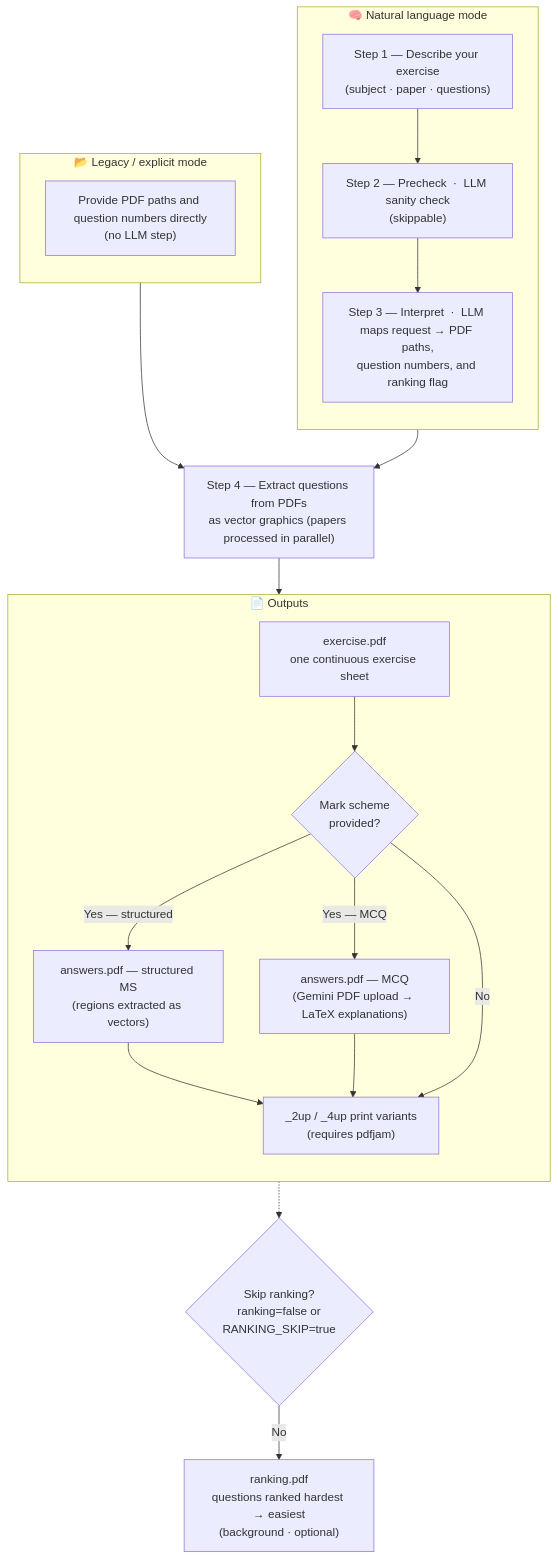
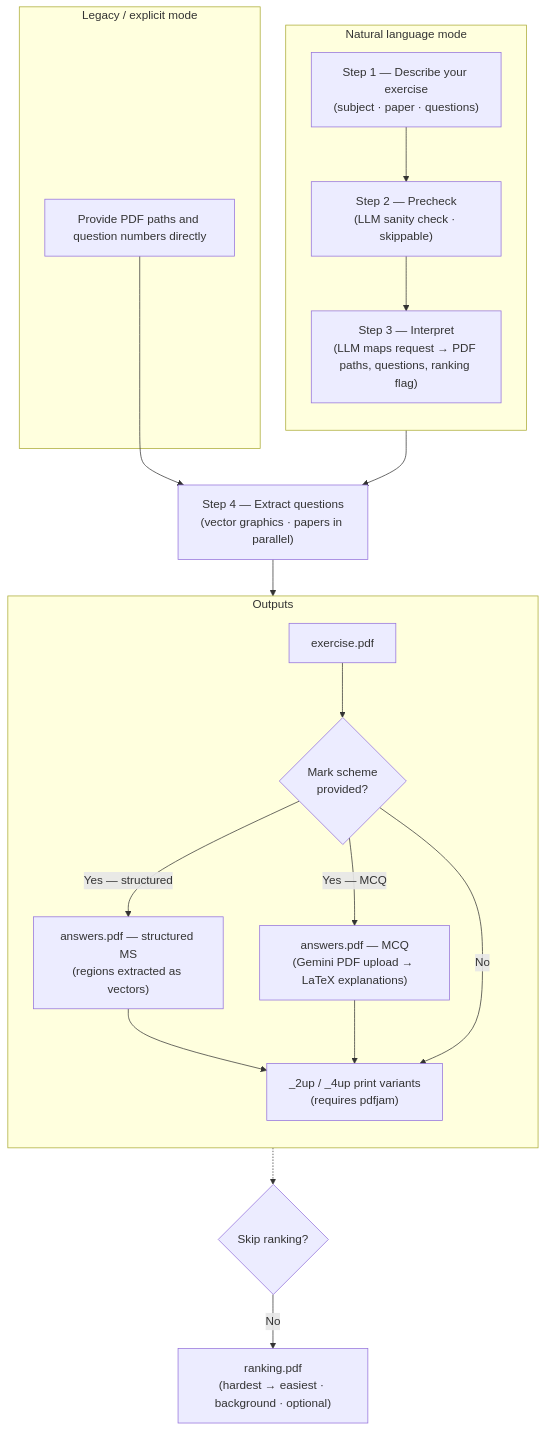
Before and after one commit to JoschkaKoen/IGCSE-Exercise-Sheet-Generator-1: the first of 3 diagrams in README.md, drawn with Mermaid. The commit also changed other lines of this file and 3 other files, not shown here.

````diff
--- a/README.md
+++ b/README.md
@@ -25,39 +25,38 @@
 ```mermaid
 flowchart TD
-    subgraph nlPath ["🧠  Natural language mode"]
+    subgraph nlPath ["Natural language mode"]
         direction TB
         n1["Step 1 — Describe your exercise\n(subject · paper · questions)"]
-        n2["Step 2 — Precheck  ·  LLM sanity check\n(skippable)"]
-        n3["Step 3 — Interpret  ·  LLM maps request → PDF paths,\nquestion numbers, and ranking flag"]
+        n2["Step 2 — Precheck\n(LLM sanity check · skippable)"]
+        n3["Step 3 — Interpret\n(LLM maps request → PDF paths, questions, ranking flag)"]
         n1 --> n2 --> n3
     end
 
-    subgraph legPath ["📂  Legacy / explicit mode"]
-        direction TB
-        l1["Provide PDF paths and question numbers directly\n(no LLM step)"]
+    subgraph legPath ["Legacy / explicit mode"]
+        l1["Provide PDF paths and question numbers directly"]
     end
 
-    cut["Step 4 — Extract questions from PDFs\nas vector graphics (papers processed in parallel)"]
+    cut["Step 4 — Extract questions\n(vector graphics · papers in parallel)"]
 
-    subgraph outputs ["📄  Outputs"]
+    subgraph outputs ["Outputs"]
         direction TB
-        ex["exercise.pdf\none continuous exercise sheet"]
+        ex["exercise.pdf"]
         ms{"Mark scheme\nprovided?"}
         ans["answers.pdf — structured MS\n(regions extracted as vectors)"]
         mcqans["answers.pdf — MCQ\n(Gemini PDF upload → LaTeX explanations)"]
         nup["_2up / _4up print variants\n(requires pdfjam)"]
         ex --> ms
         ms -->|"Yes — structured"| ans --> nup
         ms -->|"Yes — MCQ"| mcqans --> nup
         ms -->|No| nup
     end
 
-    rankCond{"Skip ranking?\nranking=false or\nRANKING_SKIP=true"}
-    rank["ranking.pdf\nquestions ranked hardest → easiest\n(background · optional)"]
+    rankCond{"Skip ranking?"}
+    rank["ranking.pdf\n(hardest → easiest · background · optional)"]
 
     n3 --> cut
     l1 --> cut
     cut --> ex
     ex -.-> rankCond
     rankCond -->|No| rank
 ```
````
